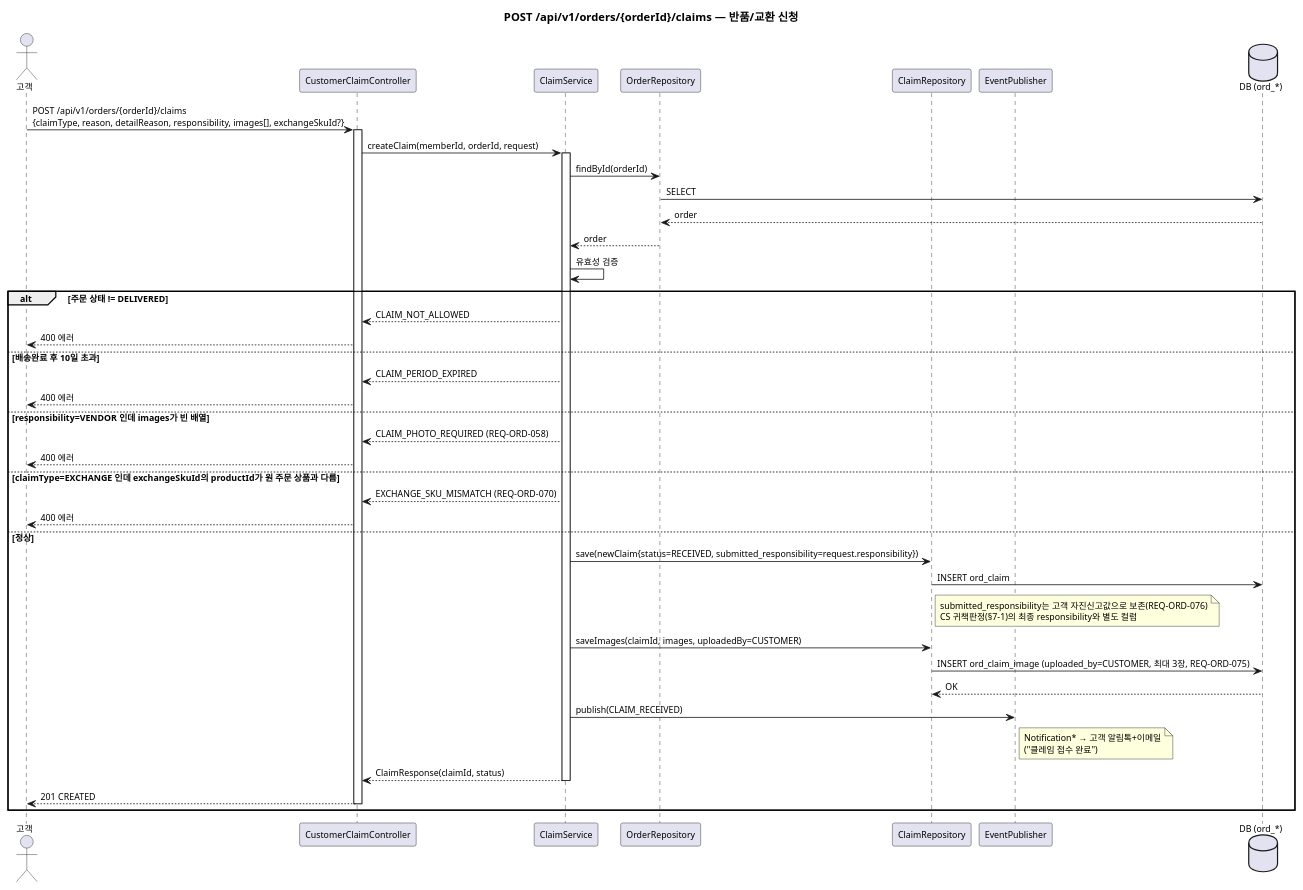
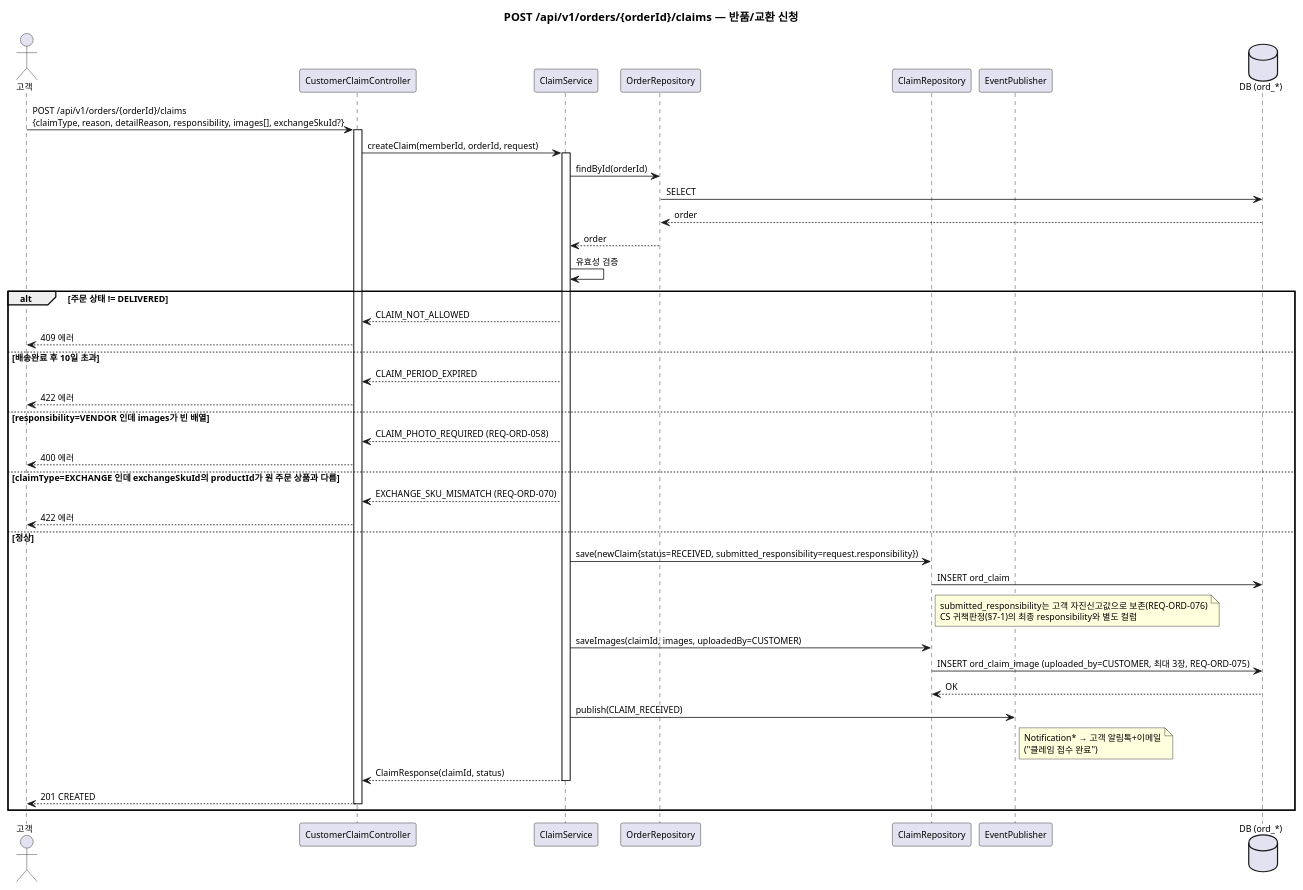
One commit to parknahyun/runNShop changed the eighth of 26 diagrams in docs/자산화-단계별/S3-상세설계/DM-시퀀스(Order-Payment).md. Above: the diagram before and after it, drawn with PlantUML. The commit also changed other lines of this file and 39 other files, not shown here.

````diff
--- a/docs/자산화-단계별/S3-상세설계/DM-시퀀스(Order-Payment).md
+++ b/docs/자산화-단계별/S3-상세설계/DM-시퀀스(Order-Payment).md
@@ -425,57 +425,57 @@
 ```plantuml
 @startuml
 skinparam backgroundColor transparent
 skinparam defaultFontSize 11
 title POST /api/v1/orders/{orderId}/claims — 반품/교환 신청
 
 actor 고객 as Client
 participant "CustomerClaimController" as CC
 participant "ClaimService" as CS
 participant "OrderRepository" as OR
 participant "ClaimRepository" as CR
 participant "EventPublisher" as EP
 database "DB (ord_*)" as DB
 
 Client -> CC : POST /api/v1/orders/{orderId}/claims\n{claimType, reason, detailReason, responsibility, images[], exchangeSkuId?}
 activate CC
 
 CC -> CS : createClaim(memberId, orderId, request)
 activate CS
 
 CS -> OR : findById(orderId)
 OR -> DB : SELECT
 DB --> OR : order
 OR --> CS : order
 
 CS -> CS : 유효성 검증
 alt 주문 상태 != DELIVERED
   CS --> CC : CLAIM_NOT_ALLOWED
-  CC --> Client : 400 에러
+  CC --> Client : 409 에러
 else 배송완료 후 10일 초과
   CS --> CC : CLAIM_PERIOD_EXPIRED
-  CC --> Client : 400 에러
+  CC --> Client : 422 에러
 else responsibility=VENDOR 인데 images가 빈 배열
   CS --> CC : CLAIM_PHOTO_REQUIRED (REQ-ORD-058)
   CC --> Client : 400 에러
 else claimType=EXCHANGE 인데 exchangeSkuId의 productId가 원 주문 상품과 다름
   CS --> CC : EXCHANGE_SKU_MISMATCH (REQ-ORD-070)
-  CC --> Client : 400 에러
+  CC --> Client : 422 에러
 else 정상
   CS -> CR : save(newClaim{status=RECEIVED, submitted_responsibility=request.responsibility})
   CR -> DB : INSERT ord_claim
   note right of CR: submitted_responsibility는 고객 자진신고값으로 보존(REQ-ORD-076)\nCS 귀책판정(§7-1)의 최종 responsibility와 별도 컬럼
   CS -> CR : saveImages(claimId, images, uploadedBy=CUSTOMER)
   CR -> DB : INSERT ord_claim_image (uploaded_by=CUSTOMER, 최대 3장, REQ-ORD-075)
   DB --> CR : OK
 
   CS -> EP : publish(CLAIM_RECEIVED)
   note right of EP: Notification* → 고객 알림톡+이메일\n("클레임 접수 완료")
 
   CS --> CC : ClaimResponse(claimId, status)
   deactivate CS
   CC --> Client : 201 CREATED
   deactivate CC
 end
 
 @enduml
 ```
````
